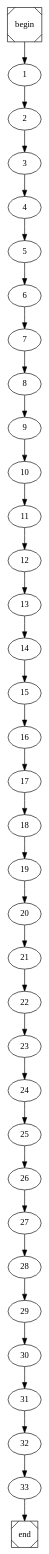
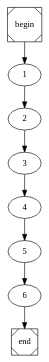
The diagram in main.dot (SergioEstevao11/FEUP-COMP), drawn with Graphviz before and after one commit. The commit also changed 6 other files, not shown here.

```diff
--- a/main.dot
+++ b/main.dot
@@ -1,4 +1,4 @@
 digraph cfg {
 	begin [shape=Msquare];
 	end [shape=Msquare];
-	begin -> 1;	1 -> 2;	2 -> 3;	3 -> 4;	4 -> 5;	5 -> 6;	6 -> 7;	7 -> 8;	8 -> 9;	9 -> 10;	10 -> 11;	11 -> 12;	12 -> 13;	13 -> 14;	14 -> 15;	15 -> 16;	16 -> 17;	17 -> 18;	18 -> 19;	19 -> 20;	20 -> 21;	21 -> 22;	22 -> 23;	23 -> 24;	24 -> 25;	25 -> 26;	26 -> 27;	27 -> 28;	28 -> 29;	29 -> 30;	30 -> 31;	31 -> 32;	32 -> 33;	33 -> end;}
+	begin -> 1;	1 -> 2;	2 -> 3;	3 -> 4;	4 -> 5;	5 -> 6;	6 -> end;}
```
